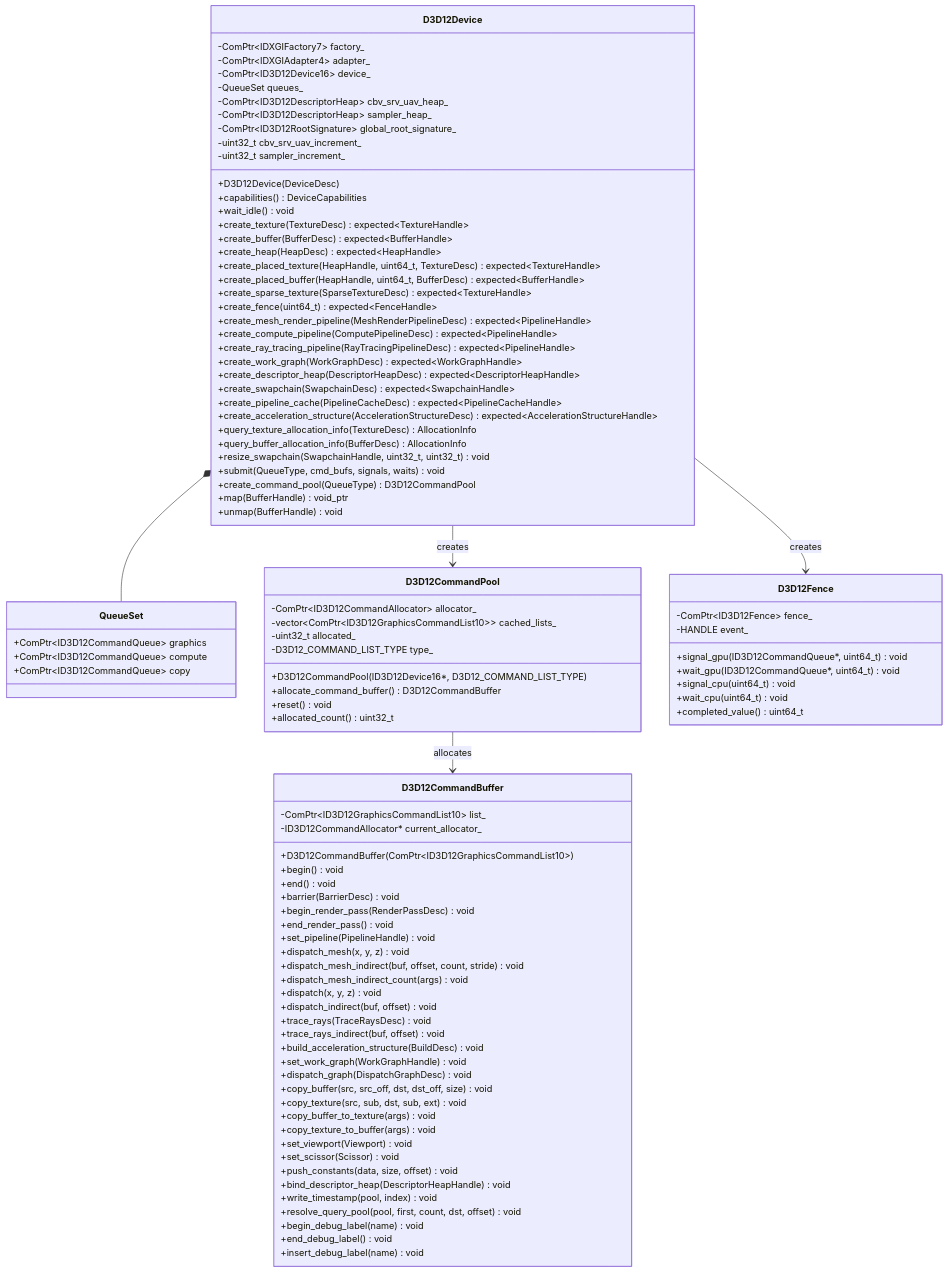
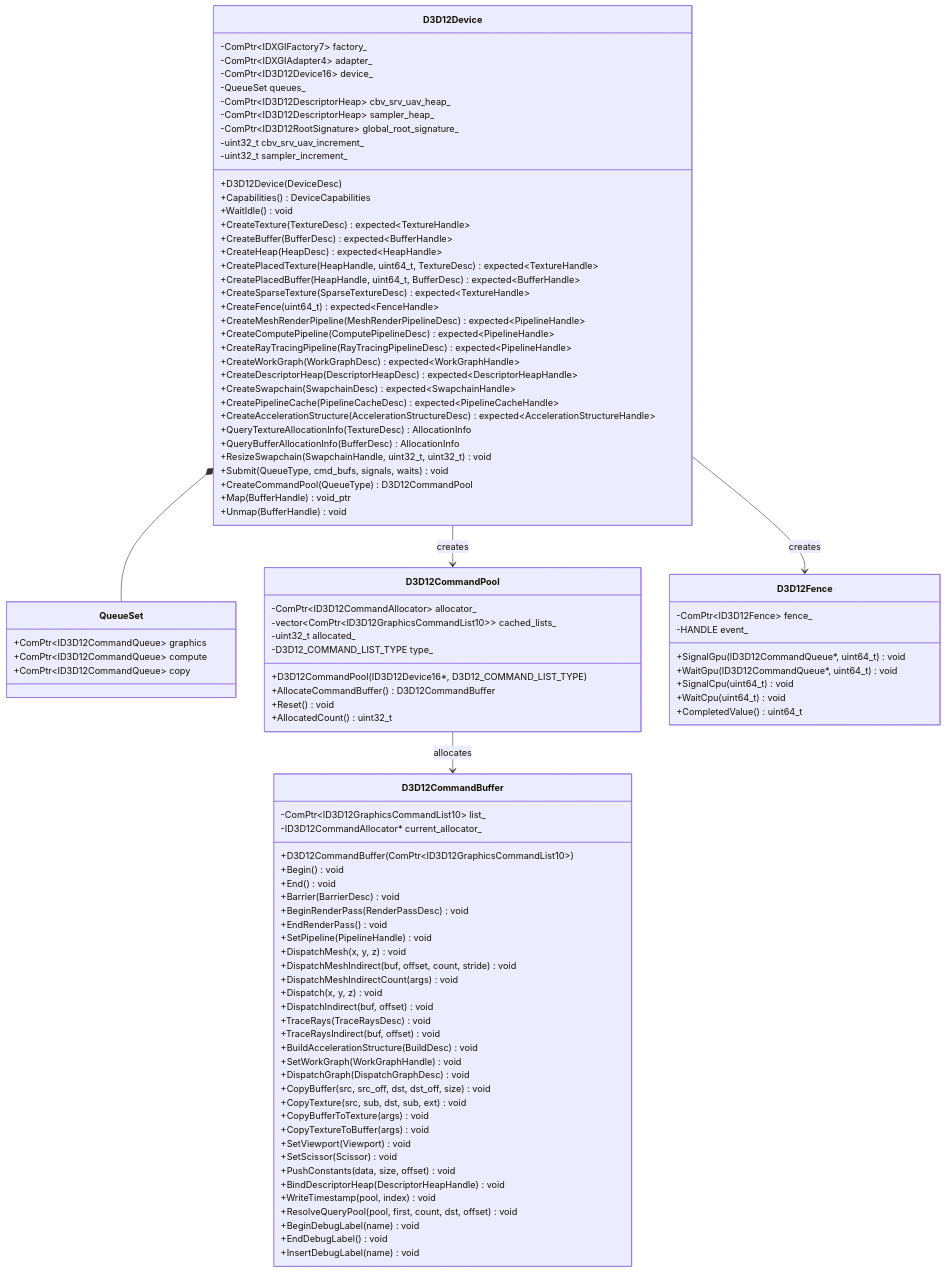
The first of 9 diagrams in docs/design/gpu-backend-d3d12-classes.md (harmonius-dev/harmonius), drawn with Mermaid before and after one commit. The commit also changed other lines of this file and 67 other files, not shown here.

```diff
--- a/docs/design/gpu-backend-d3d12-classes.md
+++ b/docs/design/gpu-backend-d3d12-classes.md
@@ -42,30 +42,30 @@
         -uint32_t cbv_srv_uav_increment_
         -uint32_t sampler_increment_
         +D3D12Device(DeviceDesc)
-        +capabilities() DeviceCapabilities
-        +wait_idle() void
-        +create_texture(TextureDesc) expected~TextureHandle~
-        +create_buffer(BufferDesc) expected~BufferHandle~
-        +create_heap(HeapDesc) expected~HeapHandle~
-        +create_placed_texture(HeapHandle, uint64_t, TextureDesc) expected~TextureHandle~
-        +create_placed_buffer(HeapHandle, uint64_t, BufferDesc) expected~BufferHandle~
-        +create_sparse_texture(SparseTextureDesc) expected~TextureHandle~
-        +create_fence(uint64_t) expected~FenceHandle~
-        +create_mesh_render_pipeline(MeshRenderPipelineDesc) expected~PipelineHandle~
-        +create_compute_pipeline(ComputePipelineDesc) expected~PipelineHandle~
-        +create_ray_tracing_pipeline(RayTracingPipelineDesc) expected~PipelineHandle~
-        +create_work_graph(WorkGraphDesc) expected~WorkGraphHandle~
-        +create_descriptor_heap(DescriptorHeapDesc) expected~DescriptorHeapHandle~
-        +create_swapchain(SwapchainDesc) expected~SwapchainHandle~
-        +create_pipeline_cache(PipelineCacheDesc) expected~PipelineCacheHandle~
-        +create_acceleration_structure(AccelerationStructureDesc) expected~AccelerationStructureHandle~
-        +query_texture_allocation_info(TextureDesc) AllocationInfo
-        +query_buffer_allocation_info(BufferDesc) AllocationInfo
-        +resize_swapchain(SwapchainHandle, uint32_t, uint32_t) void
-        +submit(QueueType, cmd_bufs, signals, waits) void
-        +create_command_pool(QueueType) D3D12CommandPool
-        +map(BufferHandle) void_ptr
-        +unmap(BufferHandle) void
+        +Capabilities() DeviceCapabilities
+        +WaitIdle() void
+        +CreateTexture(TextureDesc) expected~TextureHandle~
+        +CreateBuffer(BufferDesc) expected~BufferHandle~
+        +CreateHeap(HeapDesc) expected~HeapHandle~
+        +CreatePlacedTexture(HeapHandle, uint64_t, TextureDesc) expected~TextureHandle~
+        +CreatePlacedBuffer(HeapHandle, uint64_t, BufferDesc) expected~BufferHandle~
+        +CreateSparseTexture(SparseTextureDesc) expected~TextureHandle~
+        +CreateFence(uint64_t) expected~FenceHandle~
+        +CreateMeshRenderPipeline(MeshRenderPipelineDesc) expected~PipelineHandle~
+        +CreateComputePipeline(ComputePipelineDesc) expected~PipelineHandle~
+        +CreateRayTracingPipeline(RayTracingPipelineDesc) expected~PipelineHandle~
+        +CreateWorkGraph(WorkGraphDesc) expected~WorkGraphHandle~
+        +CreateDescriptorHeap(DescriptorHeapDesc) expected~DescriptorHeapHandle~
+        +CreateSwapchain(SwapchainDesc) expected~SwapchainHandle~
+        +CreatePipelineCache(PipelineCacheDesc) expected~PipelineCacheHandle~
+        +CreateAccelerationStructure(AccelerationStructureDesc) expected~AccelerationStructureHandle~
+        +QueryTextureAllocationInfo(TextureDesc) AllocationInfo
+        +QueryBufferAllocationInfo(BufferDesc) AllocationInfo
+        +ResizeSwapchain(SwapchainHandle, uint32_t, uint32_t) void
+        +Submit(QueueType, cmd_bufs, signals, waits) void
+        +CreateCommandPool(QueueType) D3D12CommandPool
+        +Map(BufferHandle) void_ptr
+        +Unmap(BufferHandle) void
     }
 
     class QueueSet {
@@ -80,54 +80,54 @@
         -uint32_t allocated_
         -D3D12_COMMAND_LIST_TYPE type_
         +D3D12CommandPool(ID3D12Device16*, D3D12_COMMAND_LIST_TYPE)
-        +allocate_command_buffer() D3D12CommandBuffer
-        +reset() void
-        +allocated_count() uint32_t
+        +AllocateCommandBuffer() D3D12CommandBuffer
+        +Reset() void
+        +AllocatedCount() uint32_t
     }
 
     class D3D12CommandBuffer {
         -ComPtr~ID3D12GraphicsCommandList10~ list_
         -ID3D12CommandAllocator* current_allocator_
         +D3D12CommandBuffer(ComPtr~ID3D12GraphicsCommandList10~)
-        +begin() void
-        +end() void
-        +barrier(BarrierDesc) void
-        +begin_render_pass(RenderPassDesc) void
-        +end_render_pass() void
-        +set_pipeline(PipelineHandle) void
-        +dispatch_mesh(x, y, z) void
-        +dispatch_mesh_indirect(buf, offset, count, stride) void
-        +dispatch_mesh_indirect_count(args) void
-        +dispatch(x, y, z) void
-        +dispatch_indirect(buf, offset) void
-        +trace_rays(TraceRaysDesc) void
-        +trace_rays_indirect(buf, offset) void
-        +build_acceleration_structure(BuildDesc) void
-        +set_work_graph(WorkGraphHandle) void
-        +dispatch_graph(DispatchGraphDesc) void
-        +copy_buffer(src, src_off, dst, dst_off, size) void
-        +copy_texture(src, sub, dst, sub, ext) void
-        +copy_buffer_to_texture(args) void
-        +copy_texture_to_buffer(args) void
-        +set_viewport(Viewport) void
-        +set_scissor(Scissor) void
-        +push_constants(data, size, offset) void
-        +bind_descriptor_heap(DescriptorHeapHandle) void
-        +write_timestamp(pool, index) void
-        +resolve_query_pool(pool, first, count, dst, offset) void
-        +begin_debug_label(name) void
-        +end_debug_label() void
-        +insert_debug_label(name) void
+        +Begin() void
+        +End() void
+        +Barrier(BarrierDesc) void
+        +BeginRenderPass(RenderPassDesc) void
+        +EndRenderPass() void
+        +SetPipeline(PipelineHandle) void
+        +DispatchMesh(x, y, z) void
+        +DispatchMeshIndirect(buf, offset, count, stride) void
+        +DispatchMeshIndirectCount(args) void
+        +Dispatch(x, y, z) void
+        +DispatchIndirect(buf, offset) void
+        +TraceRays(TraceRaysDesc) void
+        +TraceRaysIndirect(buf, offset) void
+        +BuildAccelerationStructure(BuildDesc) void
+        +SetWorkGraph(WorkGraphHandle) void
+        +DispatchGraph(DispatchGraphDesc) void
+        +CopyBuffer(src, src_off, dst, dst_off, size) void
+        +CopyTexture(src, sub, dst, sub, ext) void
+        +CopyBufferToTexture(args) void
+        +CopyTextureToBuffer(args) void
+        +SetViewport(Viewport) void
+        +SetScissor(Scissor) void
+        +PushConstants(data, size, offset) void
+        +BindDescriptorHeap(DescriptorHeapHandle) void
+        +WriteTimestamp(pool, index) void
+        +ResolveQueryPool(pool, first, count, dst, offset) void
+        +BeginDebugLabel(name) void
+        +EndDebugLabel() void
+        +InsertDebugLabel(name) void
     }
 
     class D3D12Fence {
         -ComPtr~ID3D12Fence~ fence_
         -HANDLE event_
-        +signal_gpu(ID3D12CommandQueue*, uint64_t) void
-        +wait_gpu(ID3D12CommandQueue*, uint64_t) void
-        +signal_cpu(uint64_t) void
-        +wait_cpu(uint64_t) void
-        +completed_value() uint64_t
+        +SignalGpu(ID3D12CommandQueue*, uint64_t) void
+        +WaitGpu(ID3D12CommandQueue*, uint64_t) void
+        +SignalCpu(uint64_t) void
+        +WaitCpu(uint64_t) void
+        +CompletedValue() uint64_t
     }
 
     D3D12Device *-- QueueSet
```
